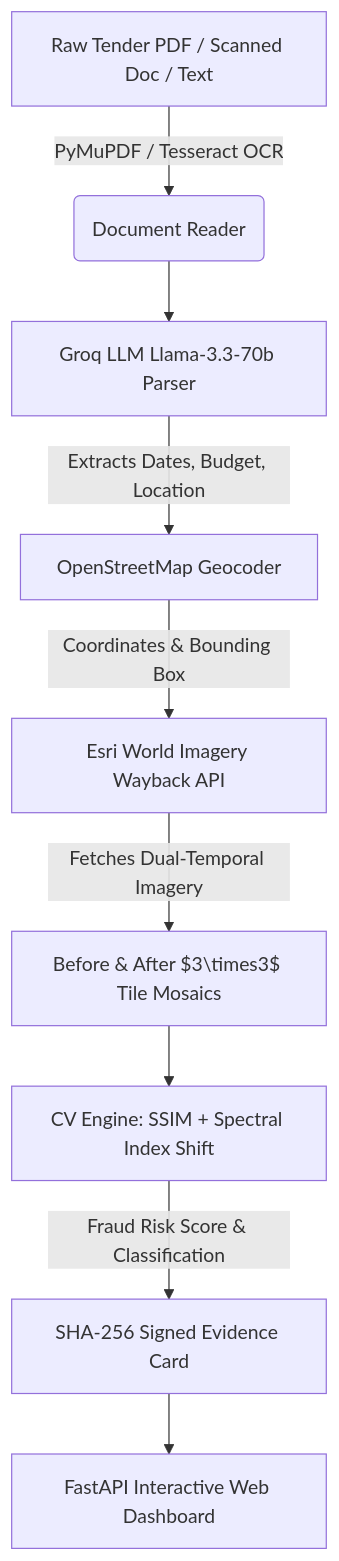
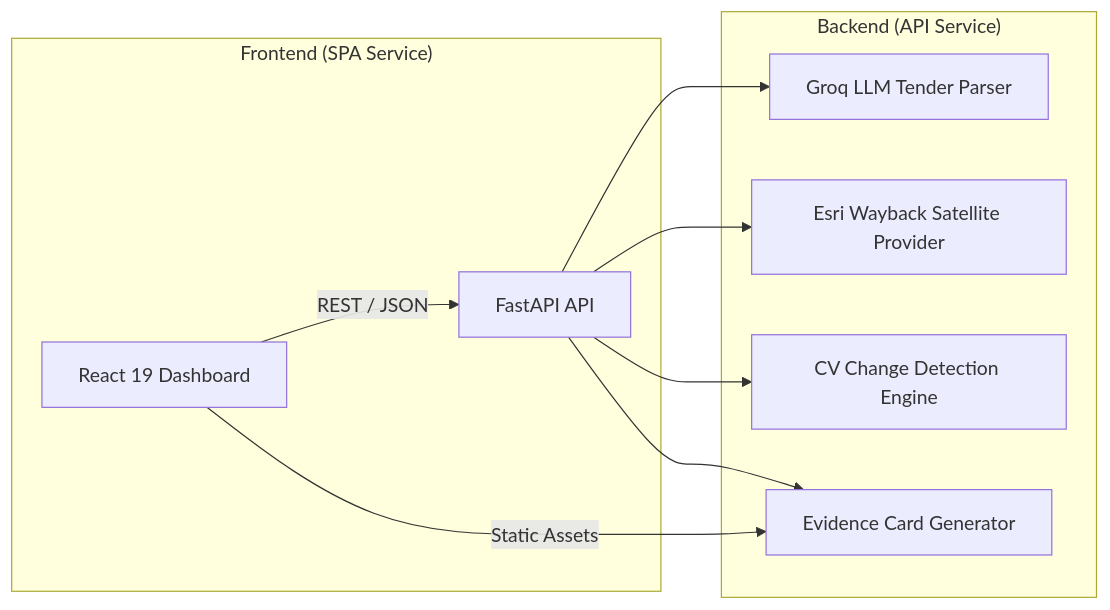
Before and after one commit to Th4nveer/Sentra: the diagram in README.md, drawn with Mermaid. The commit also changed other lines of this file and 187 other files, not shown here.

Commit message:
Move to frontend/backend split, add Vercel deployment config

````diff
--- a/README.md
+++ b/README.md
@@ -33,11 +37,13 @@
 ```mermaid
-graph TD
-    A[Raw Tender PDF / Scanned Doc / Text] -->|PyMuPDF / Tesseract OCR| B(Document Reader)
-    B --> C[Groq LLM Llama-3.3-70b Parser]
-    C -->|Extracts Dates, Budget, Location| D[OpenStreetMap Geocoder]
-    D -->|Coordinates & Bounding Box| E[Esri World Imagery Wayback API]
-    E -->|Fetches Dual-Temporal Imagery| F[Before & After $3\times3$ Tile Mosaics]
-    F --> G[CV Engine: SSIM + Spectral Index Shift]
-    G -->|Fraud Risk Score & Classification| H[SHA-256 Signed Evidence Card]
-    H --> I[FastAPI Interactive Web Dashboard]
+graph LR
+    subgraph Frontend ["Frontend (SPA Service)"]
+        A["React 19 Dashboard"] -->|REST / JSON| B["FastAPI API"]
+    end
+    subgraph Backend ["Backend (API Service)"]
+        B --> C["Groq LLM Tender Parser"]
+        B --> D["Esri Wayback Satellite Provider"]
+        B --> E["CV Change Detection Engine"]
+        B --> F["Evidence Card Generator"]
+    end
+    A -->|Static Assets| F
 ```
````
